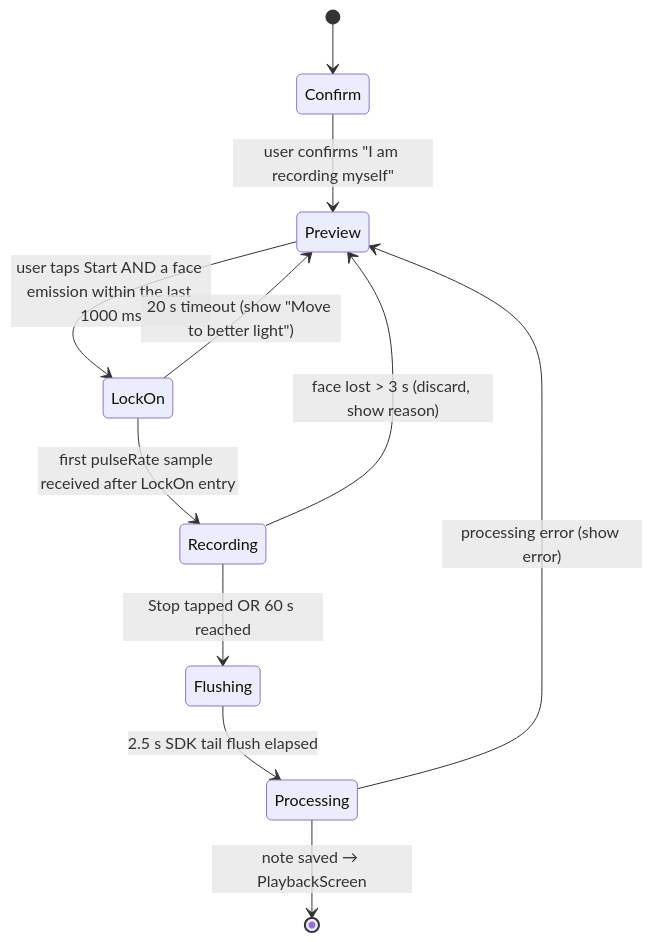
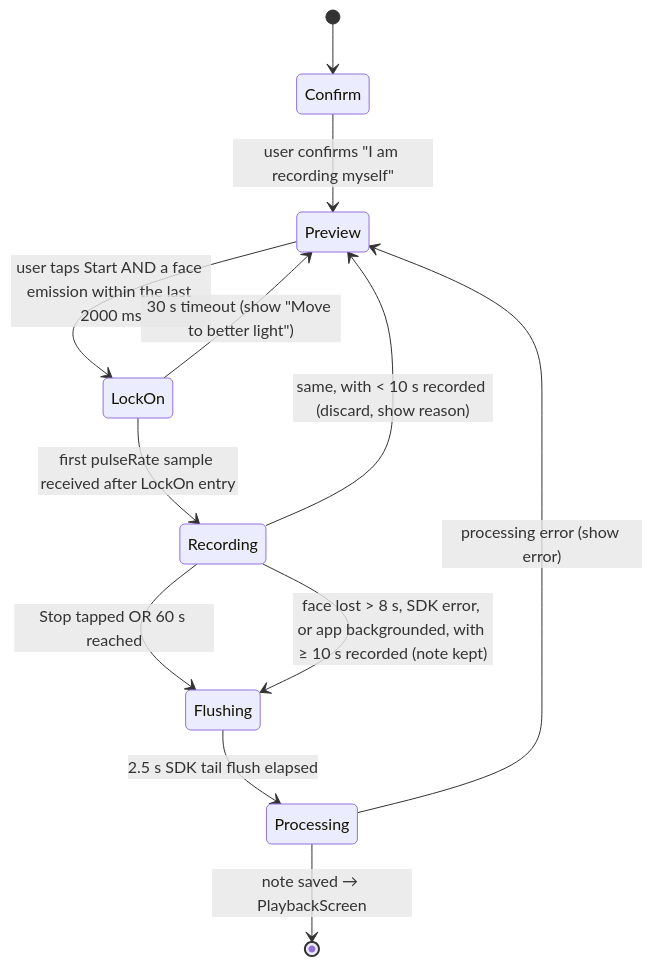
One commit to Dronzer2code/HeartNote changed the second of 6 diagrams in docs/PROCESS_FLOW.md. Above: the diagram before and after it, drawn with Mermaid. The commit also changed other lines of this file and 9 other files, not shown here.

````diff
--- a/docs/PROCESS_FLOW.md
+++ b/docs/PROCESS_FLOW.md
@@ -37,13 +37,14 @@
 ```mermaid
 stateDiagram-v2
     [*] --> Confirm
     Confirm --> Preview: user confirms "I am recording myself"
-    Preview --> LockOn: user taps Start AND a face emission within the last 1000 ms
+    Preview --> LockOn: user taps Start AND a face emission within the last 2000 ms
     LockOn --> Recording: first pulseRate sample received after LockOn entry
-    LockOn --> Preview: 20 s timeout (show "Move to better light")
+    LockOn --> Preview: 30 s timeout (show "Move to better light")
     Recording --> Flushing: Stop tapped OR 60 s reached
-    Recording --> Preview: face lost > 3 s (discard, show reason)
+    Recording --> Flushing: face lost > 8 s, SDK error, or app backgrounded, with ≥ 10 s recorded (note kept)
+    Recording --> Preview: same, with < 10 s recorded (discard, show reason)
     Flushing --> Processing: 2.5 s SDK tail flush elapsed
     Processing --> [*]: note saved → PlaybackScreen
     Processing --> Preview: processing error (show error)
 ```
````
